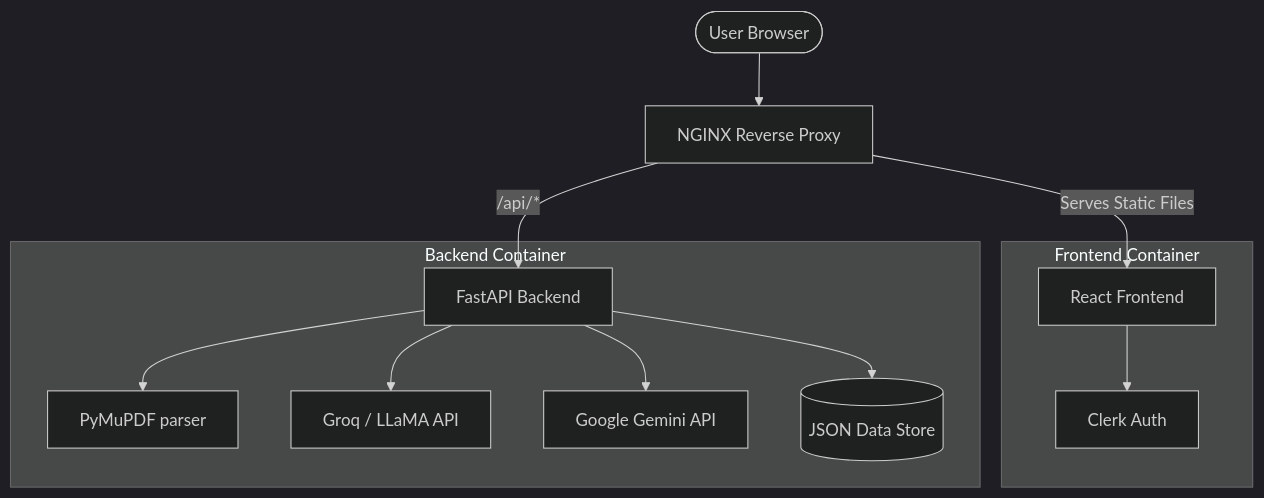
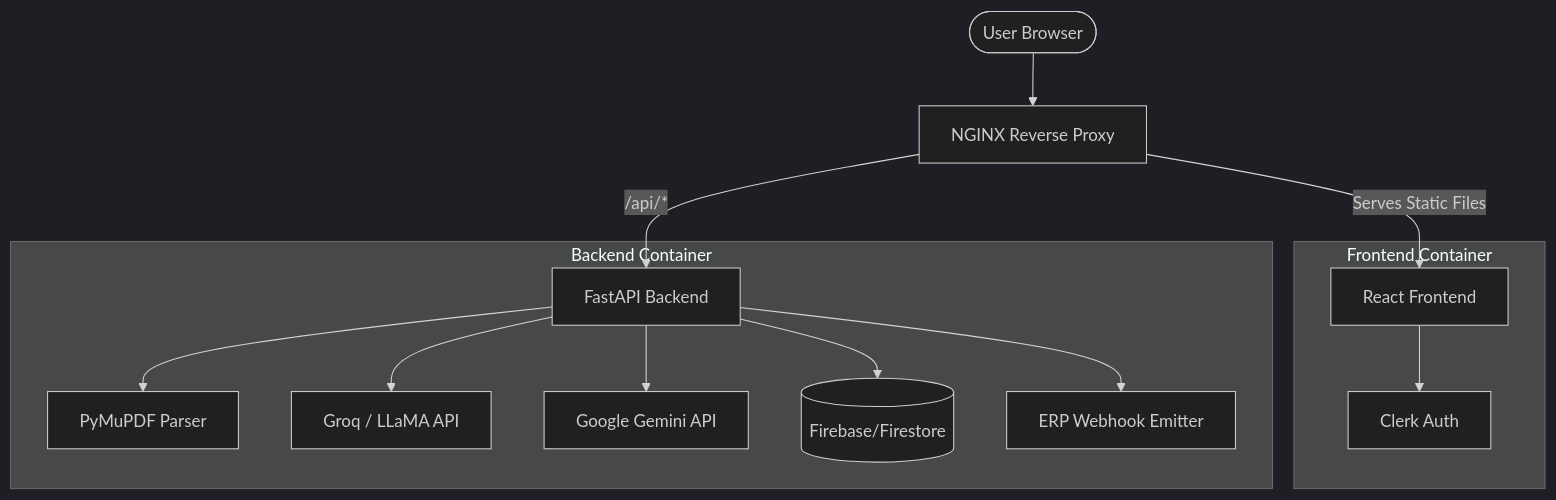
One commit to FayssalSabri/Maji-DevisIA changed the diagram in README.md. Above: the diagram before and after it, drawn with Mermaid (dark theme). The commit also changed other lines of this file, not shown here.

Commit message:
docs: rewrite README with architecture, setup, and API documentation

````diff
--- a/README.md
+++ b/README.md
@@ -32,17 +61,18 @@
 ```mermaid
 graph TD
     Client([User Browser]) --> NGINX[NGINX Reverse Proxy]
     NGINX -->|Serves Static Files| React[React Frontend]
     NGINX -->|/api/*| FastAPI[FastAPI Backend]
     
     subgraph Frontend Container
         React --> Clerk[Clerk Auth]
     end
     
     subgraph Backend Container
-        FastAPI --> PyMuPDF[PyMuPDF parser]
+        FastAPI --> PyMuPDF[PyMuPDF Parser]
         FastAPI --> Groq[Groq / LLaMA API]
         FastAPI --> Gemini[Google Gemini API]
-        FastAPI --> SQLiteDB[(JSON Data Store)]
+        FastAPI --> Firestore[(Firebase/Firestore)]
+        FastAPI --> ERPWebhook[ERP Webhook Emitter]
     end
 ```
````
